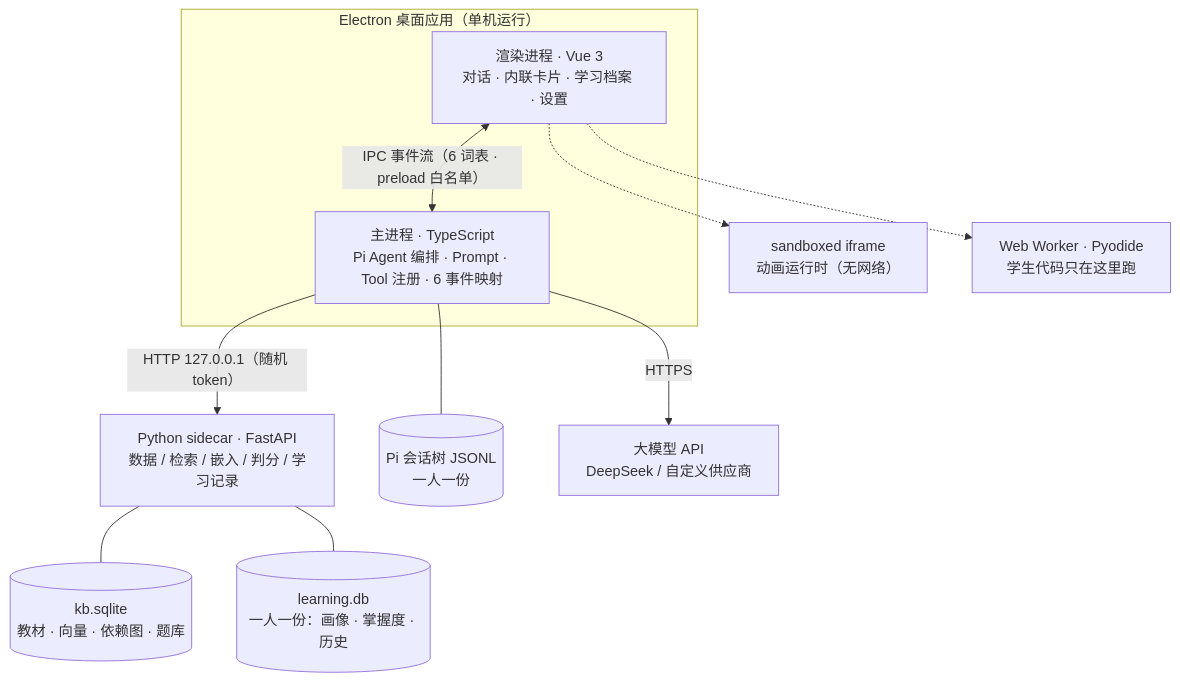
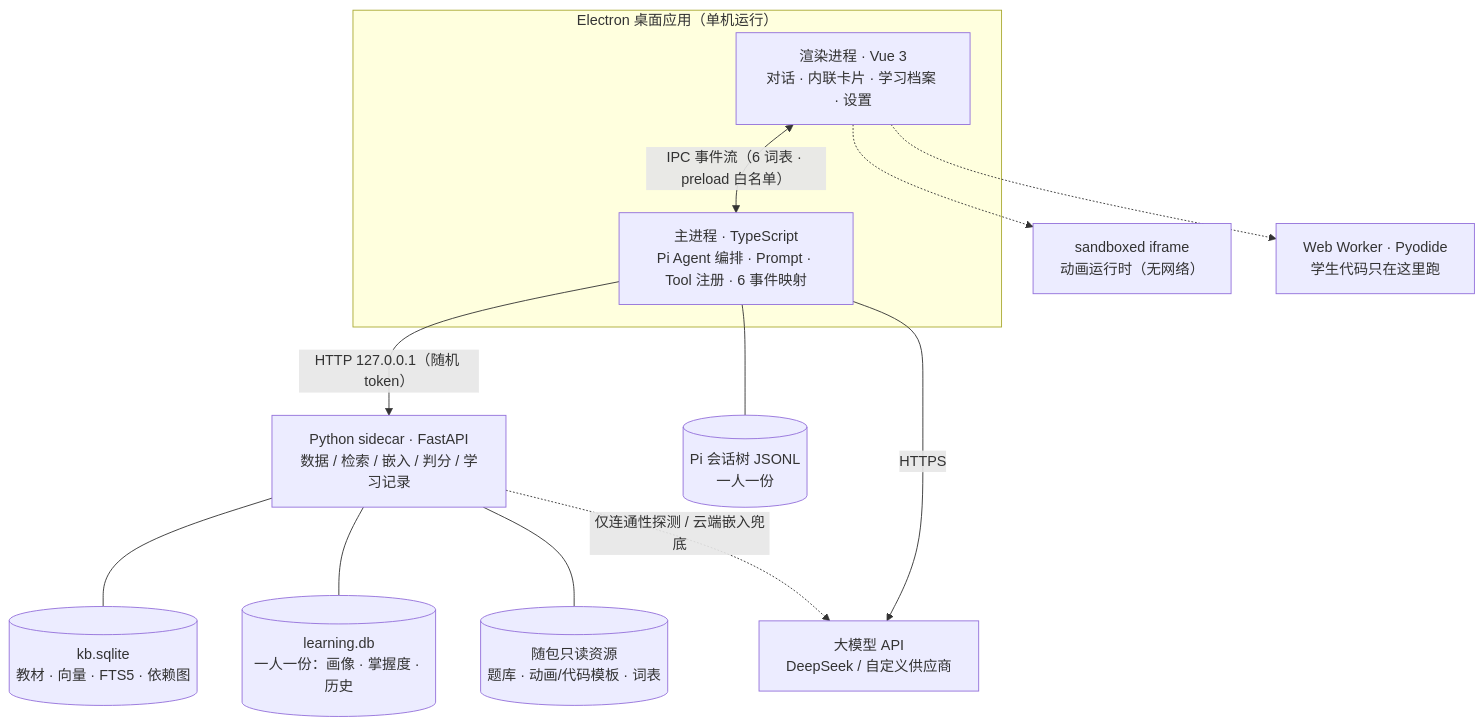
The diagram in README.md (IceFireIcer/K12AgentProject), drawn with Mermaid before and after one commit. The commit also changed other lines of this file and 3 other files, not shown here.

````diff
--- a/README.md
+++ b/README.md
@@ -85,15 +95,17 @@
 ```mermaid
 flowchart TB
   subgraph APP["Electron 桌面应用（单机运行）"]
     R["渲染进程 · Vue 3<br/>对话 · 内联卡片 · 学习档案 · 设置"]
     M["主进程 · TypeScript<br/>Pi Agent 编排 · Prompt · Tool 注册 · 6 事件映射"]
     R <-->|"IPC 事件流（6 词表 · preload 白名单）"| M
   end
   M -->|"HTTP 127.0.0.1（随机 token）"| S["Python sidecar · FastAPI<br/>数据 / 检索 / 嵌入 / 判分 / 学习记录"]
-  S --- KB[("kb.sqlite<br/>教材 · 向量 · 依赖图 · 题库")]
+  S --- KB[("kb.sqlite<br/>教材 · 向量 · FTS5 · 依赖图")]
   S --- LD[("learning.db<br/>一人一份：画像 · 掌握度 · 历史")]
+  S --- RS[("随包只读资源<br/>题库 · 动画/代码模板 · 词表")]
   M --- PJ[("Pi 会话树 JSONL<br/>一人一份")]
   M -->|HTTPS| LLM["大模型 API<br/>DeepSeek / 自定义供应商"]
+  S -.->|"仅连通性探测 / 云端嵌入兜底"| LLM
   R -.-> IF["sandboxed iframe<br/>动画运行时（无网络）"]
   R -.-> PY["Web Worker · Pyodide<br/>学生代码只在这里跑"]
 ```
````
